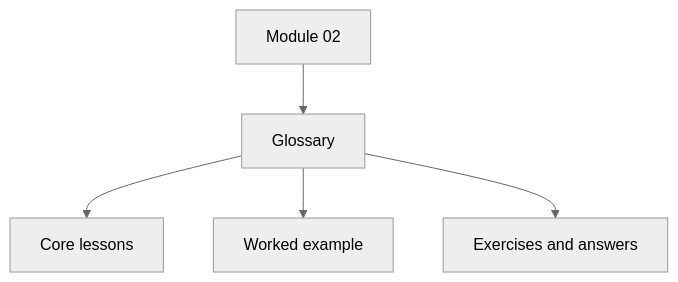
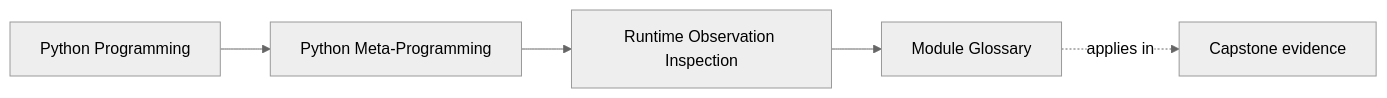
Before and after one commit to bijux/bijux-masterclass: the first of 2 diagrams in programs/python-programming/python-meta-programming/course-book/module-02-runtime-observation-inspection/glossary.md, drawn with Mermaid (neutral theme). The commit also changed other lines of this file and 55 other files, not shown here.

Commit message:
docs(python-meta-programming): map runtime foundations and inspection routes

````diff
--- a/programs/python-programming/python-meta-programming/course-book/module-02-runtime-observation-inspection/glossary.md
+++ b/programs/python-programming/python-meta-programming/course-book/module-02-runtime-observation-inspection/glossary.md
@@ -6,7 +6,11 @@
 ```mermaid
-flowchart TD
-  directory["Module 02"] --> glossary["Glossary"]
-  glossary --> lessons["Core lessons"]
-  glossary --> example["Worked example"]
-  glossary --> practice["Exercises and answers"]
+graph LR
+  family["Python Programming"]
+  program["Python Meta-Programming"]
+  section["Runtime Observation Inspection"]
+  page["Module Glossary"]
+  capstone["Capstone evidence"]
+
+  family --> program --> section --> page
+  page -.applies in.-> capstone
 ```
````
